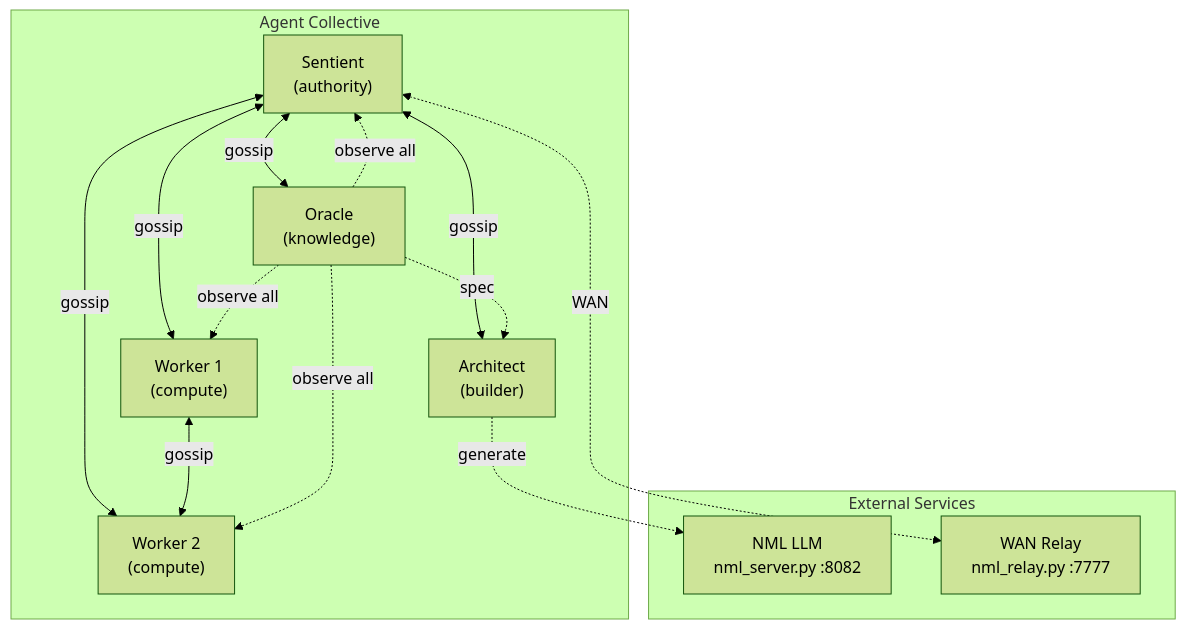
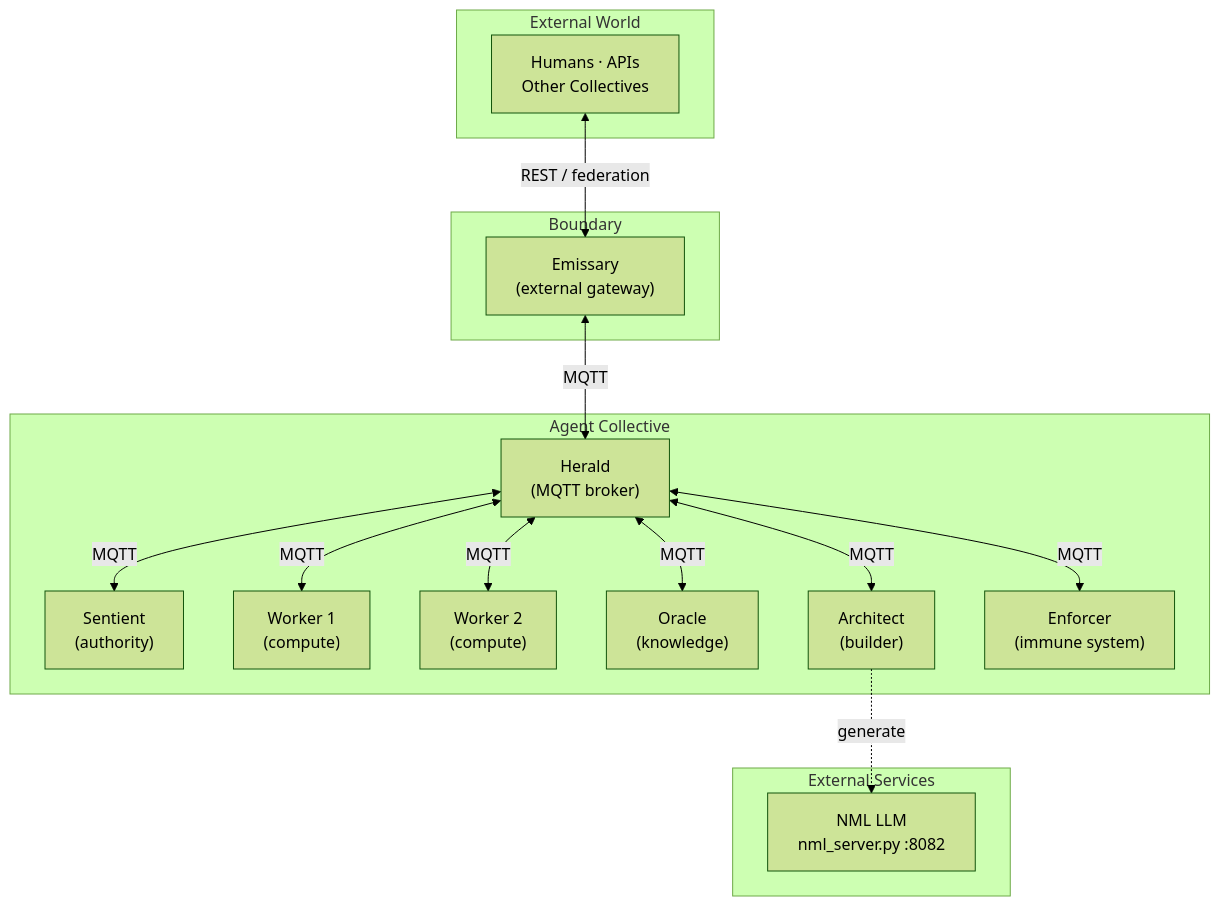
The first of 9 diagrams in docs/ARCHITECTURE.md (dnamaz/nml-collective), drawn with Mermaid (forest theme) before and after one commit. The commit also changed other lines of this file and 82 other files, not shown here.

````diff
--- a/docs/ARCHITECTURE.md
+++ b/docs/ARCHITECTURE.md
@@ -7,25 +7,30 @@
 ```mermaid
 flowchart TB
+    subgraph external [External World]
+        humans["Humans · APIs\nOther Collectives"]
+    end
+    subgraph boundary [Boundary]
+        E["Emissary\n(external gateway)"]
+    end
     subgraph collective [Agent Collective]
+        H["Herald\n(MQTT broker)"]
         S["Sentient\n(authority)"]
         W1["Worker 1\n(compute)"]
         W2["Worker 2\n(compute)"]
         O["Oracle\n(knowledge)"]
         A["Architect\n(builder)"]
+        EN["Enforcer\n(immune system)"]
     end
-    subgraph external [External Services]
+    subgraph external_svc [External Services]
         nml_llm["NML LLM\nnml_server.py :8082"]
-        relay_svc["WAN Relay\nnml_relay.py :7777"]
     end
-    S <-->|gossip| W1
-    S <-->|gossip| W2
-    S <-->|gossip| O
-    S <-->|gossip| A
-    W1 <-->|gossip| W2
-    O -.->|observe all| S
-    O -.->|observe all| W1
-    O -.->|observe all| W2
-    O -.->|spec| A
+    humans <-->|REST / federation| E
+    E <-->|MQTT| H
+    H <-->|MQTT| S
+    H <-->|MQTT| W1
+    H <-->|MQTT| W2
+    H <-->|MQTT| O
+    H <-->|MQTT| A
+    H <-->|MQTT| EN
     A -.->|generate| nml_llm
-    S <-.->|WAN| relay_svc
 ```
````
